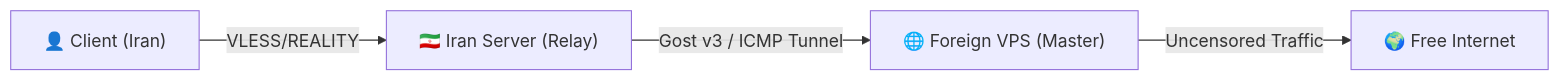
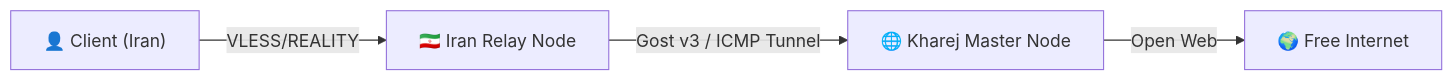
The second of 2 diagrams in README_EN.md (gholamilaptop123-dot/nyx), drawn with Mermaid before and after one commit. The commit also changed other lines of this file and 1 other file, not shown here.

````diff
--- a/README_EN.md
+++ b/README_EN.md
@@ -384,6 +253,6 @@
 ```mermaid
 flowchart LR
-    User["👤 Client (Iran)"] -->|VLESS/REALITY| IranServer["🇮🇷 Iran Server (Relay)"]
-    IranServer -->|Gost v3 / ICMP Tunnel| KharejServer["🌐 Foreign VPS (Master)"]
-    KharejServer -->|Uncensored Traffic| Internet["🌍 Free Internet"]
+    User["👤 Client (Iran)"] -->|VLESS/REALITY| IranServer["🇮🇷 Iran Relay Node"]
+    IranServer -->|Gost v3 / ICMP Tunnel| KharejServer["🌐 Kharej Master Node"]
+    KharejServer -->|Open Web| Internet["🌍 Free Internet"]
 ```
````
